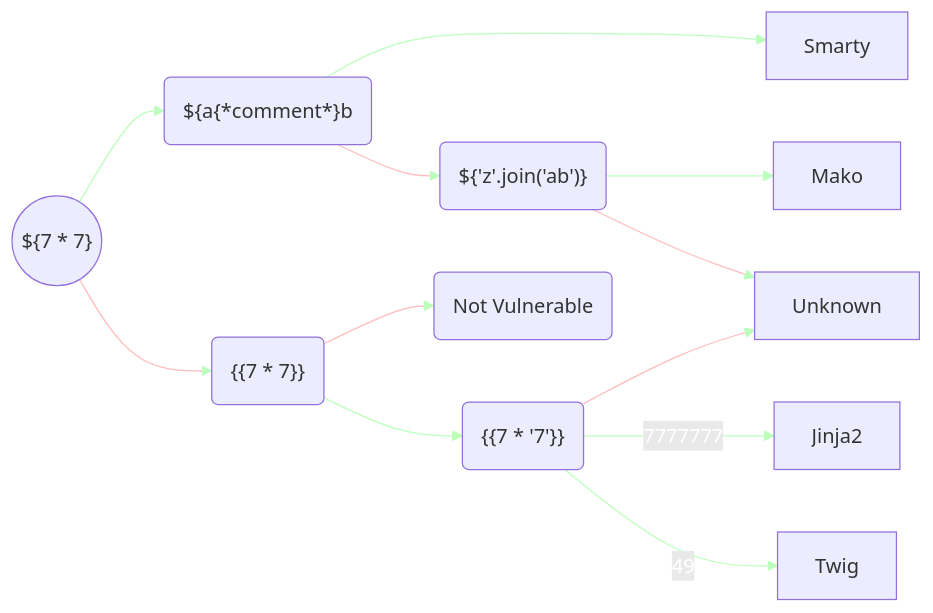
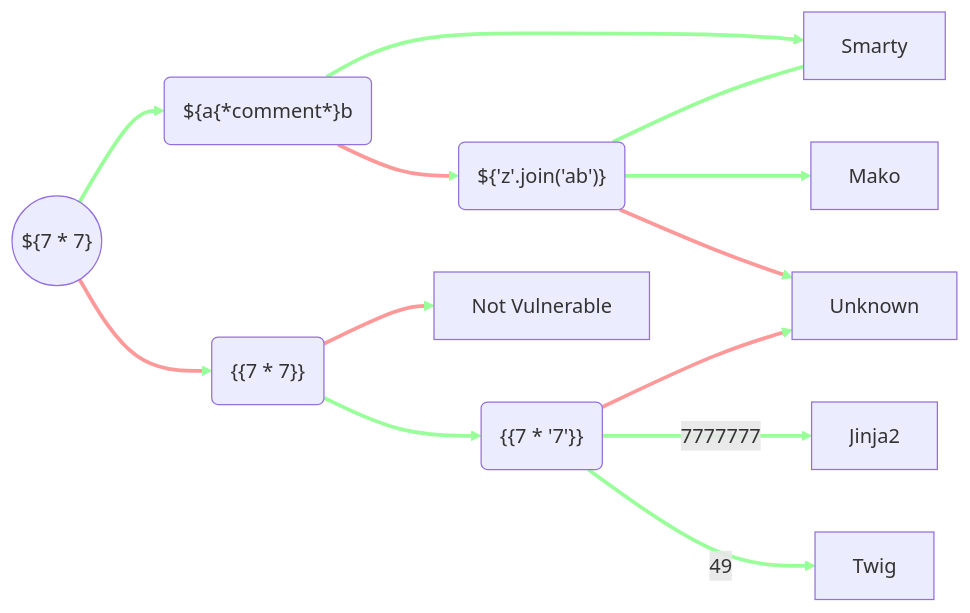
Before and after one commit to octoscorp/ProjectsMisc: the diagram in CTF/guide.md, drawn with Mermaid. The commit also changed other lines of this file, not shown here.

Commit message:
Add sudo vi trick
Also fiddled with diagram formatting, nothing drastic

````diff
--- a/CTF/guide.md
+++ b/CTF/guide.md
@@ -15,26 +15,26 @@
 ```mermaid
 %%{ init: { 'flowchart': { 'curve': 'basis' } } }%%
 flowchart LR
 	root(("`${7 * 7}`"))
 	comment("`${a{\*comment\*}b`")
 	double("`{{7 * 7}}`")
 	join("`${'z'.join('ab')}`")
 	mult_str("`{{7 * '7'}}`")
-	not_vuln(Not Vulnerable)
+	not_vuln[Not Vulnerable]
 
 	root --> comment
 	root --> double
 	comment --> Smarty
 	comment --> join
 	double --> mult_str
 	double --> not_vuln
 	join --> Mako
 	join --> Unknown
 	mult_str -->|7777777| Jinja2
 	mult_str -->|49| Twig
 	mult_str --> Unknown
 	join ~~~ Smarty
 
-	linkStyle default stroke:#bfb,color:white;
-	linkStyle 1,3,5,7,10 stroke:#fbb,color:white;
+	linkStyle default stroke:#9f9,stroke-width:3px;
+	linkStyle 1,3,5,7,10 stroke:#f99,stroke-width:3px;
 ```
````
